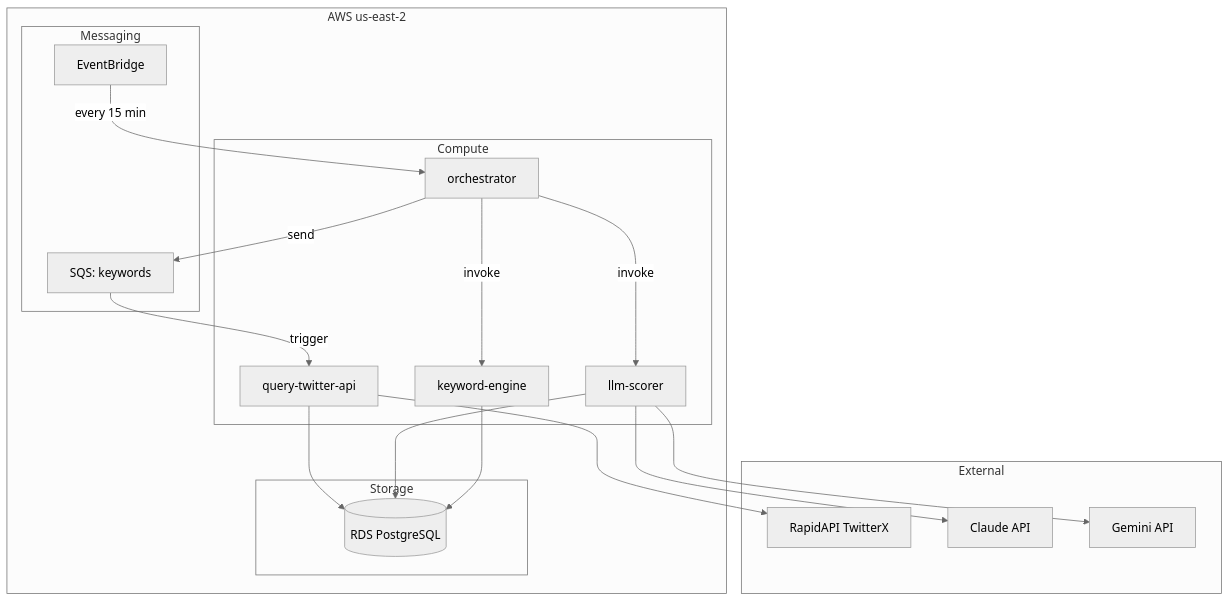
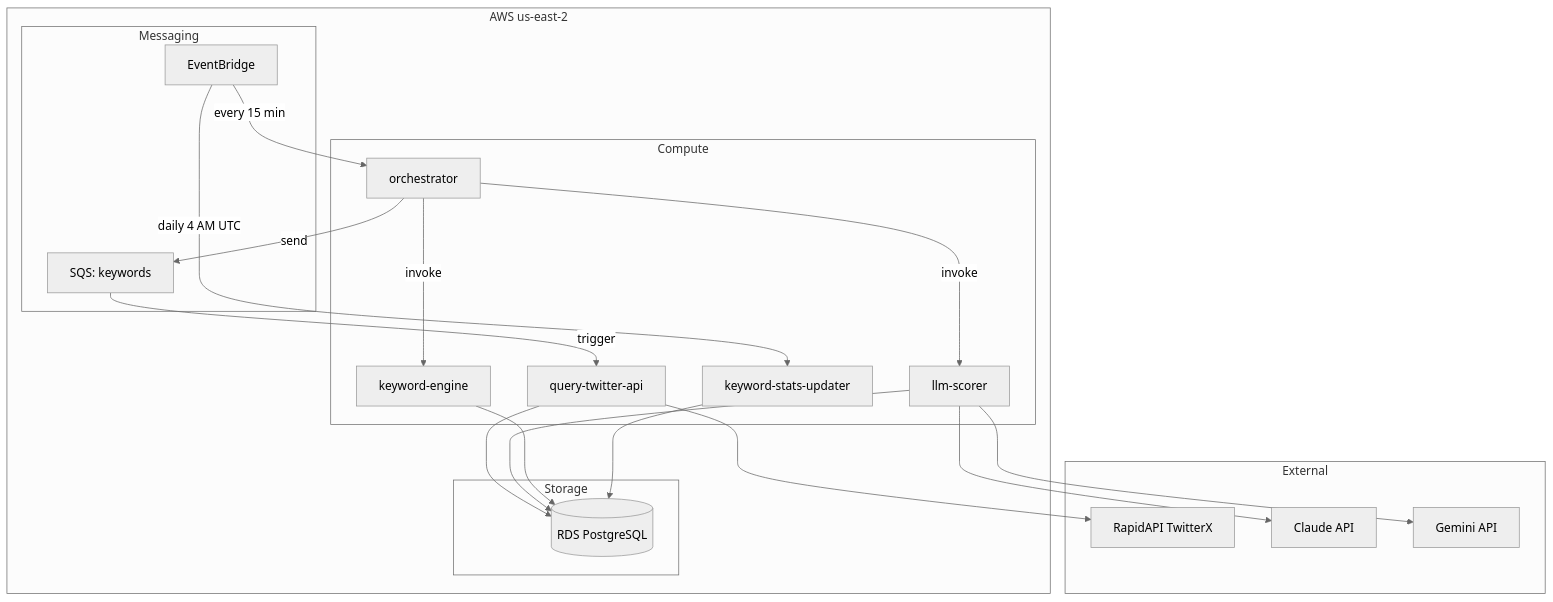
Before and after one commit to DanEscher98/twitter-profile-scorer: the first of 5 diagrams in docs/architecture.md, drawn with Mermaid (neutral theme). The commit also changed other lines of this file and 14 other files, not shown here.

First line of the commit message:
Add keyword_stats table with semantic tags, database-driven keyword-engine

````diff
--- a/docs/architecture.md
+++ b/docs/architecture.md
@@ -5,38 +5,41 @@
 ```mermaid
 graph TB
     subgraph Region["AWS us-east-2"]
         subgraph Compute
             OR[orchestrator]
             KE[keyword-engine]
             QT[query-twitter-api]
             LS[llm-scorer]
+            KSU[keyword-stats-updater]
         end
 
         subgraph Storage
             RDS[(RDS PostgreSQL)]
         end
 
         subgraph Messaging
             EB[EventBridge]
             SQS_K[SQS: keywords]
         end
     end
 
     subgraph External
         RapidAPI[RapidAPI TwitterX]
         Claude[Claude API]
         Gemini[Gemini API]
     end
 
     EB -->|every 15 min| OR
     OR -->|invoke| KE
     OR -->|send| SQS_K
     OR -->|invoke| LS
     SQS_K -->|trigger| QT
     QT --> RapidAPI
     QT --> RDS
     LS --> Claude
     LS --> Gemini
     LS --> RDS
     KE --> RDS
+    KSU --> RDS
+    EB -->|daily 4 AM UTC| KSU
 ```
````
